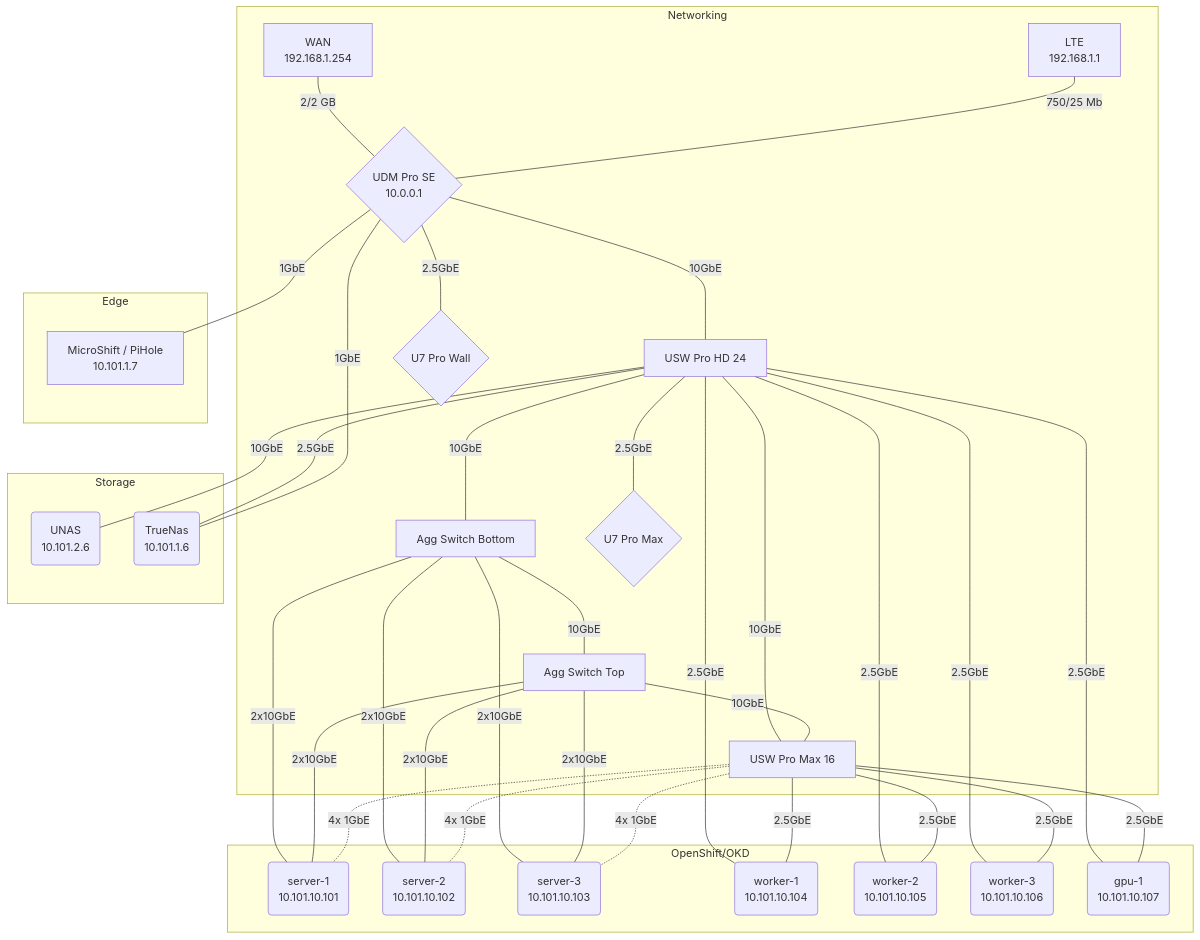
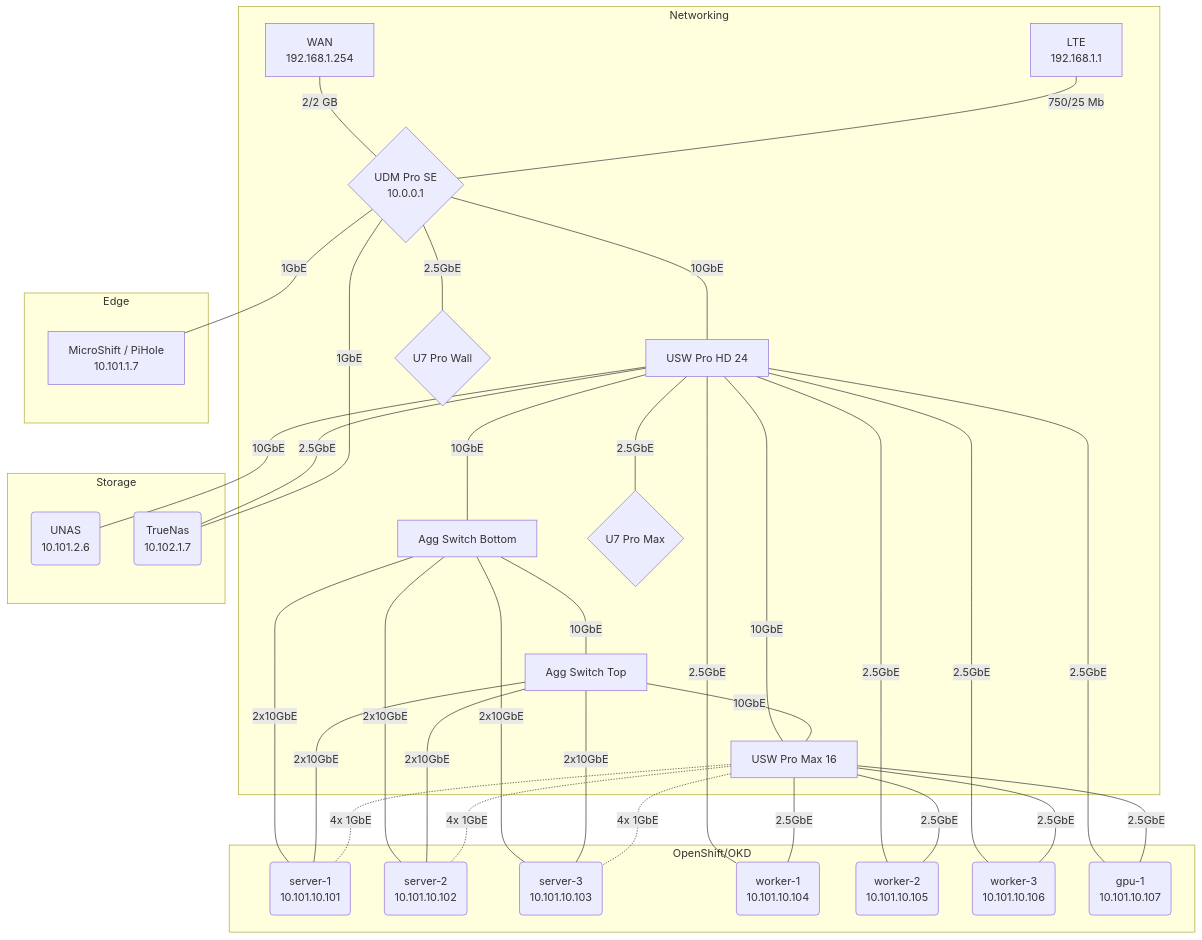
One commit to ArthurVardevanyan/HomeLab changed the second of 2 diagrams in README.md. Above: the diagram before and after it, drawn with Mermaid. The commit also changed 43 other files, not shown here.

Commit message:
chore: decommission VLAN 111 and update TrueNAS IP references (#767)

````diff
--- a/README.md
+++ b/README.md
@@ -235,58 +235,58 @@
 ```mermaid
 graph TD
  linkStyle default interpolate basis
 
 subgraph Networking
     wan1[<center>WAN<br>192.168.1.254</center>]---|2/2 GB|router{<center>UDM Pro SE<br>10.0.0.1</center>}
     wan2[<center>LTE<br>192.168.1.1</center>]---|750/25 Mb|router
 
     router---|10GbE|switch_hd[<center>USW Pro HD 24</center>]
 
     switch_hd---|10GbE|switch_agg_bot[<center>Agg Switch Bottom</center>]
     switch_hd---|10GbE|switch_max[<center>USW Pro Max 16</center>]
 
     switch_agg_bot---|10GbE|switch_agg_top[<center>Agg Switch Top</center>]
     switch_agg_top---|10GbE|switch_max
 
     router---|2.5GbE|ap1{<center>U7 Pro Wall<br></center>}
     switch_hd---|2.5GbE|ap2{<center>U7 Pro Max<br></center>}
 end
 
 subgraph Storage
     switch_hd---|10GbE|unas(<center>UNAS<br>10.101.2.6</center>)
-    switch_hd---|2.5GbE|truenas(<center>TrueNas<br>10.101.1.6</center>)
+    switch_hd---|2.5GbE|truenas(<center>TrueNas<br>10.102.1.7</center>)
     router---|1GbE|truenas
 end
 
 subgraph "OpenShift/OKD"
     %% Control Plane
     switch_agg_bot---|2x10GbE|server1(<center>server-1<br>10.101.10.101</center>)
     switch_agg_top---|2x10GbE|server1
     switch_max-.-|4x 1GbE|server1
 
     switch_agg_bot---|2x10GbE|server2(<center>server-2<br>10.101.10.102</center>)
     switch_agg_top---|2x10GbE|server2
     switch_max-.-|4x 1GbE|server2
 
     switch_agg_bot---|2x10GbE|server3(<center>server-3<br>10.101.10.103</center>)
     switch_agg_top---|2x10GbE|server3
     switch_max-.-|4x 1GbE|server3
 
     %% Workers & GPU
     switch_hd---|2.5GbE|worker1(<center>worker-1<br>10.101.10.104</center>)
     switch_max---|2.5GbE|worker1
 
     switch_hd---|2.5GbE|worker2(<center>worker-2<br>10.101.10.105</center>)
     switch_max---|2.5GbE|worker2
 
     switch_hd---|2.5GbE|worker3(<center>worker-3<br>10.101.10.106</center>)
     switch_max---|2.5GbE|worker3
 
     switch_hd---|2.5GbE|gpu1(<center>gpu-1<br>10.101.10.107</center>)
     switch_max---|2.5GbE|gpu1
 end
 
 subgraph Edge
     router---|1GbE|microshift[<center>MicroShift / PiHole<br>10.101.1.7</center>]
 end
 ```
````
